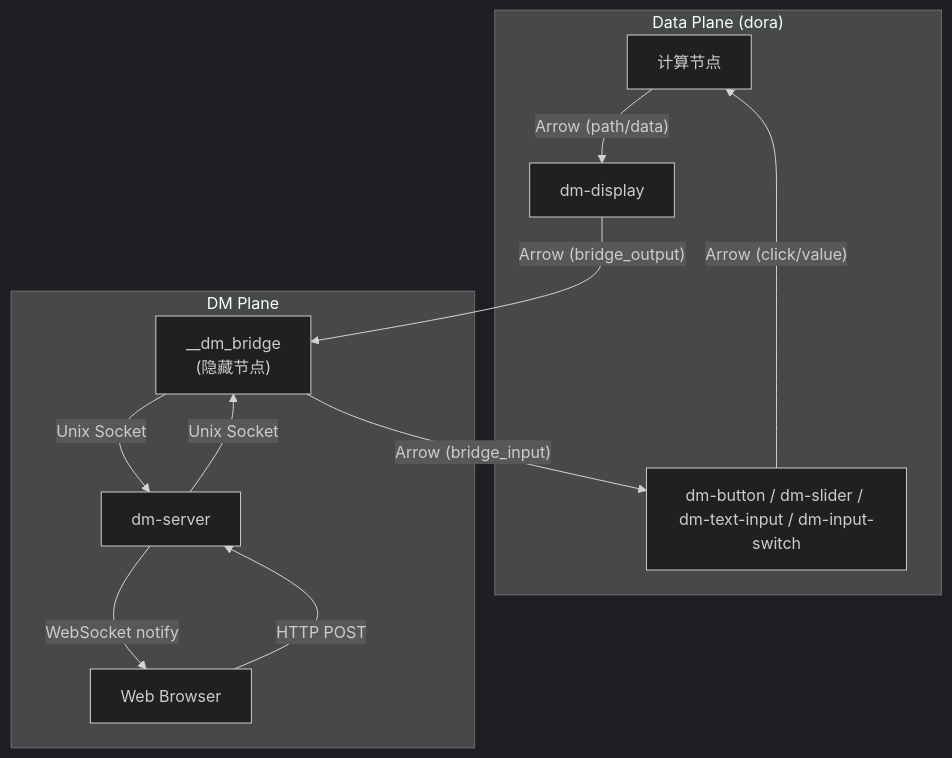
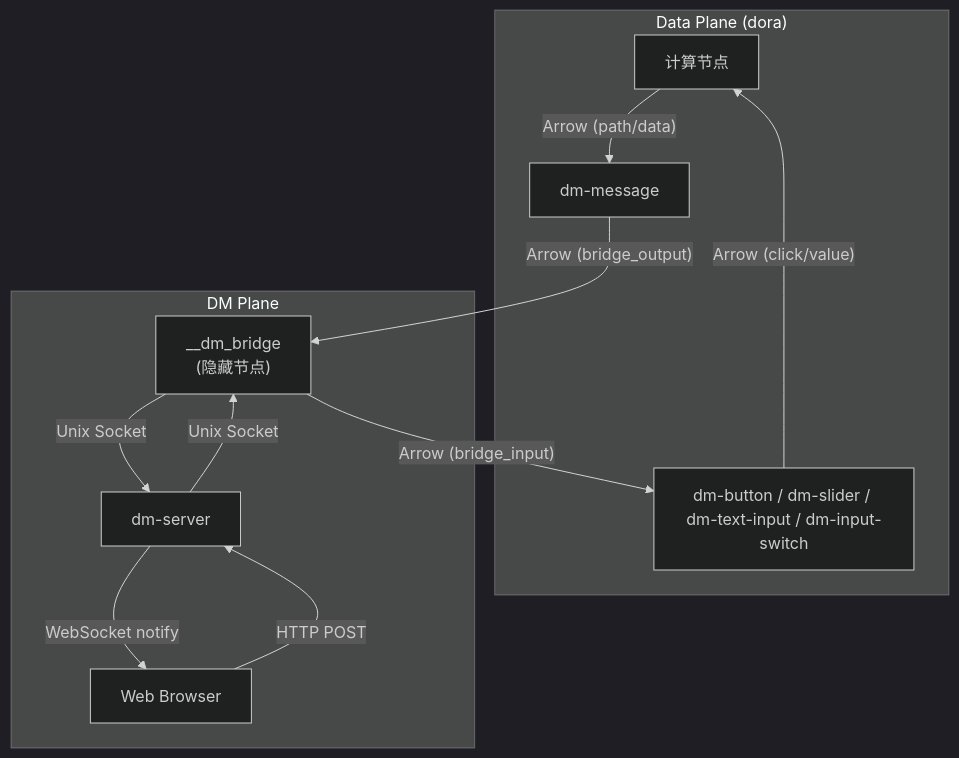
Before and after one commit to l1veIn/dora-manager: the first of 2 diagrams in wiki/zh/22-interaction-system.md, drawn with Mermaid (dark theme). The commit also changed other lines of this file and 43 other files, not shown here.

````diff
--- a/wiki/zh/22-interaction-system.md
+++ b/wiki/zh/22-interaction-system.md
@@ -11,23 +11,23 @@
 ```mermaid
 graph TB
     subgraph "Data Plane (dora)"
         Compute["计算节点"]
-        Display["dm-display"]
+        Display["dm-message"]
         Input["dm-button / dm-slider / dm-text-input / dm-input-switch"]
     end
 
     subgraph "DM Plane"
         Bridge["__dm_bridge<br/>(隐藏节点)"]
         Server["dm-server"]
         Web["Web Browser"]
     end
 
     Compute -- "Arrow (path/data)" --> Display
     Display -- "Arrow (bridge_output)" --> Bridge
     Bridge -- "Unix Socket" --> Server
     Server -- "WebSocket notify" --> Web
     Web -- "HTTP POST" --> Server
     Server -- "Unix Socket" --> Bridge
     Bridge -- "Arrow (bridge_input)" --> Input
     Input -- "Arrow (click/value)" --> Compute
 ```
````
